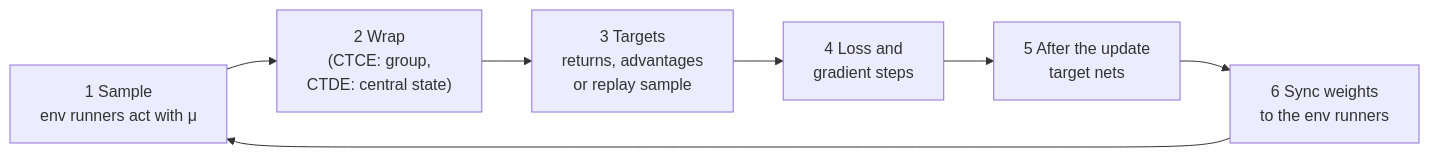
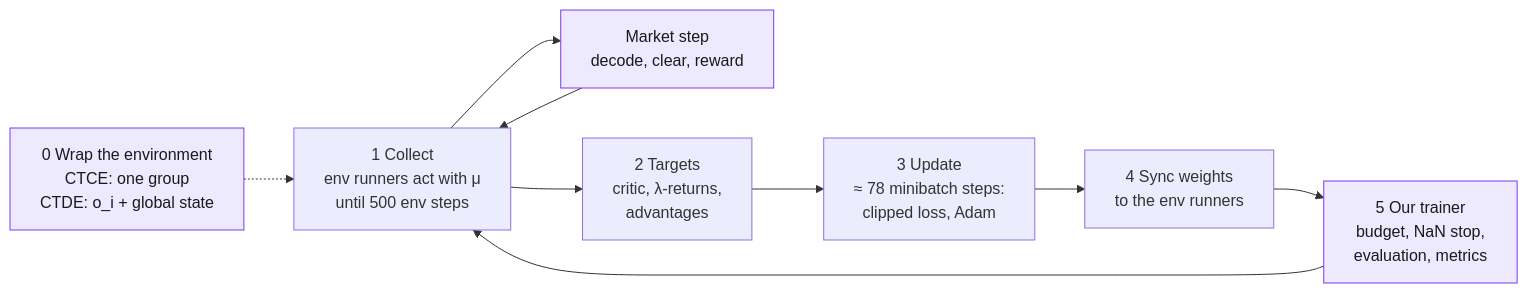
One commit to KevinRapo/P2P-thesis changed the diagram in docs/rl/training.md. Above: the diagram before and after it, drawn with Mermaid. The commit also changed other lines of this file and 9 other files, not shown here.

````diff
--- a/docs/rl/training.md
+++ b/docs/rl/training.md
@@ -65,9 +59,13 @@
 ```mermaid
 flowchart LR
-    A["1 Sample<br/>env runners act with &mu;"] --> B["2 Wrap<br/>(CTCE: group,<br/>CTDE: central state)"]
-    B --> C["3 Targets<br/>returns, advantages<br/>or replay sample"]
-    C --> D["4 Loss and<br/>gradient steps"]
-    D --> E["5 After the update<br/>target nets"]
-    E --> F["6 Sync weights<br/>to the env runners"]
-    F --> A
+    W["0 Wrap the environment<br/>CTCE: one group<br/>CTDE: o_i + global state"]:::ours
+    A["1 Collect<br/>env runners act with &mu;<br/>until 500 env steps"] --> E["Market step<br/>decode, clear, reward"]:::ours
+    E --> A
+    A --> B["2 Targets<br/>critic, &lambda;-returns,<br/>advantages"]
+    B --> C["3 Update<br/>≈ 78 minibatch steps:<br/>clipped loss, Adam"]
+    C --> D["4 Sync weights<br/>to the env runners"]
+    D --> T["5 Our trainer<br/>budget, NaN stop,<br/>evaluation, metrics"]:::ours
+    T --> A
+    W -.-> A
+    classDef ours fill:#ede9fe,stroke:#7c3aed,color:#1a1a1a
 ```
````
